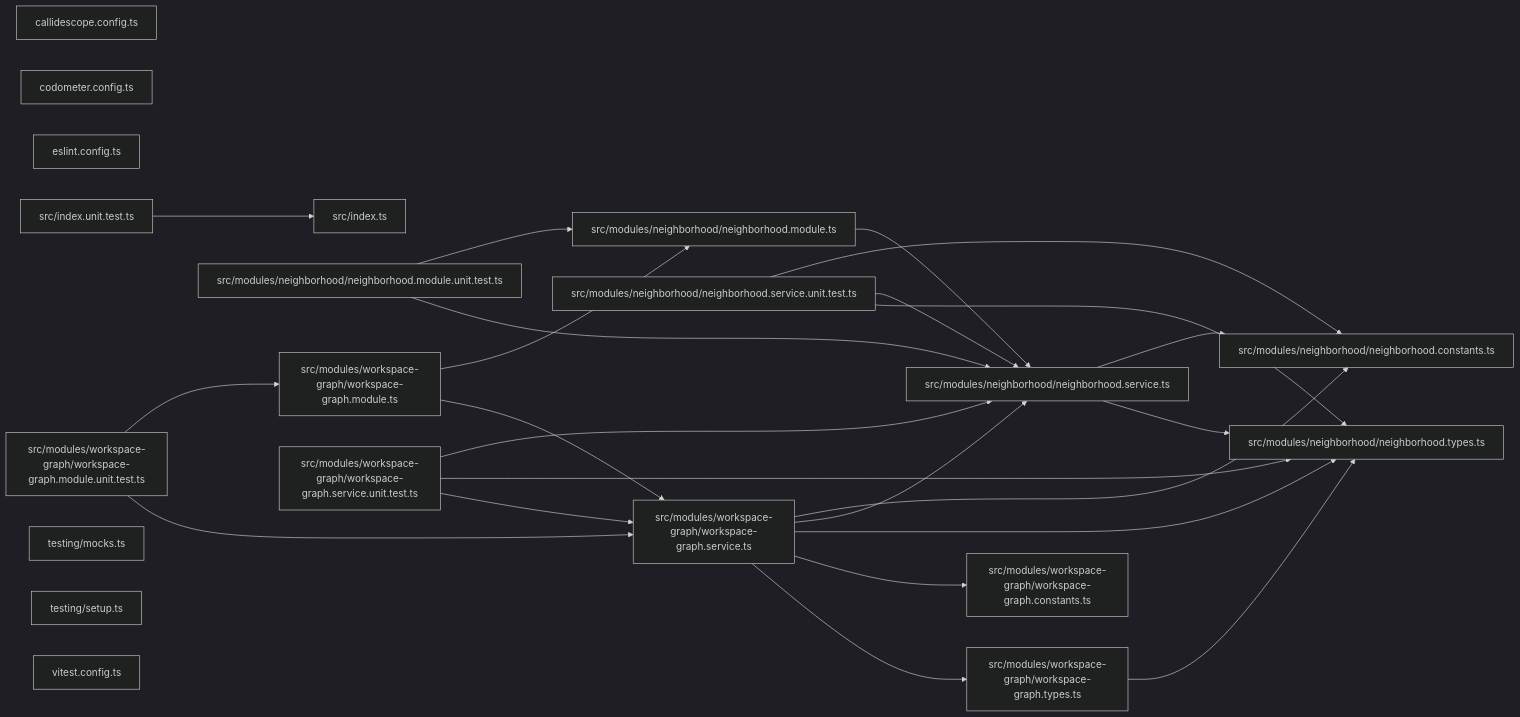
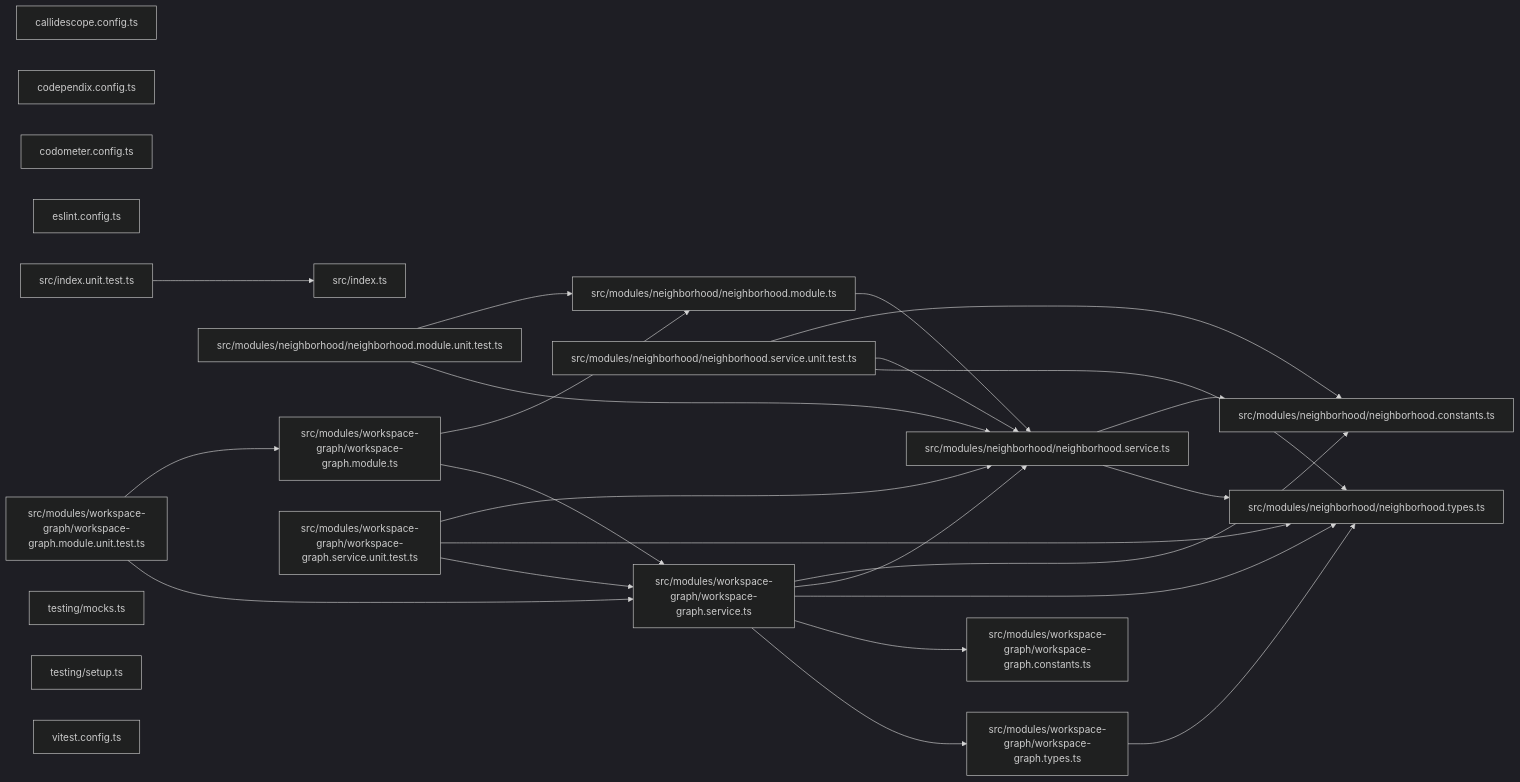
One commit to JimmyPaolini/codebase changed the third of 3 diagrams in packages/codependix-nx-projects/README.md. Above: the diagram before and after it, drawn with Mermaid (dark theme). The commit also changed 35 other files, not shown here.

````diff
--- a/packages/codependix-nx-projects/README.md
+++ b/packages/codependix-nx-projects/README.md
@@ -42,45 +42,46 @@
 ```mermaid
 graph LR
   file_callidescope_config_ts["callidescope.config.ts"]
+  file_codependix_config_ts["codependix.config.ts"]
   file_codometer_config_ts["codometer.config.ts"]
   file_eslint_config_ts["eslint.config.ts"]
   file_src_index_ts["src/index.ts"]
   file_src_index_unit_test_ts["src/index.unit.test.ts"]
   file_src_modules_neighborhood_neighborhood_constants_ts["src/modules/neighborhood/neighborhood.constants.ts"]
   file_src_modules_neighborhood_neighborhood_module_ts["src/modules/neighborhood/neighborhood.module.ts"]
   file_src_modules_neighborhood_neighborhood_module_unit_test_ts["src/modules/neighborhood/neighborhood.module.unit.test.ts"]
   file_src_modules_neighborhood_neighborhood_service_ts["src/modules/neighborhood/neighborhood.service.ts"]
   file_src_modules_neighborhood_neighborhood_service_unit_test_ts["src/modules/neighborhood/neighborhood.service.unit.test.ts"]
   file_src_modules_neighborhood_neighborhood_types_ts["src/modules/neighborhood/neighborhood.types.ts"]
   file_src_modules_workspace_graph_workspace_graph_constants_ts["src/modules/workspace-graph/workspace-graph.constants.ts"]
   file_src_modules_workspace_graph_workspace_graph_module_ts["src/modules/workspace-graph/workspace-graph.module.ts"]
   file_src_modules_workspace_graph_workspace_graph_module_unit_test_ts["src/modules/workspace-graph/workspace-graph.module.unit.test.ts"]
   file_src_modules_workspace_graph_workspace_graph_service_ts["src/modules/workspace-graph/workspace-graph.service.ts"]
   file_src_modules_workspace_graph_workspace_graph_service_unit_test_ts["src/modules/workspace-graph/workspace-graph.service.unit.test.ts"]
   file_src_modules_workspace_graph_workspace_graph_types_ts["src/modules/workspace-graph/workspace-graph.types.ts"]
   file_testing_mocks_ts["testing/mocks.ts"]
   file_testing_setup_ts["testing/setup.ts"]
   file_vitest_config_ts["vitest.config.ts"]
   file_src_index_unit_test_ts --> file_src_index_ts
   file_src_modules_neighborhood_neighborhood_module_ts --> file_src_modules_neighborhood_neighborhood_service_ts
   file_src_modules_neighborhood_neighborhood_module_unit_test_ts --> file_src_modules_neighborhood_neighborhood_module_ts
   file_src_modules_neighborhood_neighborhood_module_unit_test_ts --> file_src_modules_neighborhood_neighborhood_service_ts
   file_src_modules_neighborhood_neighborhood_service_ts --> file_src_modules_neighborhood_neighborhood_constants_ts
   file_src_modules_neighborhood_neighborhood_service_ts --> file_src_modules_neighborhood_neighborhood_types_ts
   file_src_modules_neighborhood_neighborhood_service_unit_test_ts --> file_src_modules_neighborhood_neighborhood_constants_ts
   file_src_modules_neighborhood_neighborhood_service_unit_test_ts --> file_src_modules_neighborhood_neighborhood_service_ts
   file_src_modules_neighborhood_neighborhood_service_unit_test_ts --> file_src_modules_neighborhood_neighborhood_types_ts
   file_src_modules_workspace_graph_workspace_graph_module_ts --> file_src_modules_neighborhood_neighborhood_module_ts
   file_src_modules_workspace_graph_workspace_graph_module_ts --> file_src_modules_workspace_graph_workspace_graph_service_ts
   file_src_modules_workspace_graph_workspace_graph_module_unit_test_ts --> file_src_modules_workspace_graph_workspace_graph_module_ts
   file_src_modules_workspace_graph_workspace_graph_module_unit_test_ts --> file_src_modules_workspace_graph_workspace_graph_service_ts
   file_src_modules_workspace_graph_workspace_graph_service_ts --> file_src_modules_neighborhood_neighborhood_constants_ts
   file_src_modules_workspace_graph_workspace_graph_service_ts --> file_src_modules_neighborhood_neighborhood_service_ts
   file_src_modules_workspace_graph_workspace_graph_service_ts --> file_src_modules_neighborhood_neighborhood_types_ts
   file_src_modules_workspace_graph_workspace_graph_service_ts --> file_src_modules_workspace_graph_workspace_graph_constants_ts
   file_src_modules_workspace_graph_workspace_graph_service_ts --> file_src_modules_workspace_graph_workspace_graph_types_ts
   file_src_modules_workspace_graph_workspace_graph_service_unit_test_ts --> file_src_modules_neighborhood_neighborhood_service_ts
   file_src_modules_workspace_graph_workspace_graph_service_unit_test_ts --> file_src_modules_neighborhood_neighborhood_types_ts
   file_src_modules_workspace_graph_workspace_graph_service_unit_test_ts --> file_src_modules_workspace_graph_workspace_graph_service_ts
   file_src_modules_workspace_graph_workspace_graph_types_ts --> file_src_modules_neighborhood_neighborhood_types_ts
 ```
````
